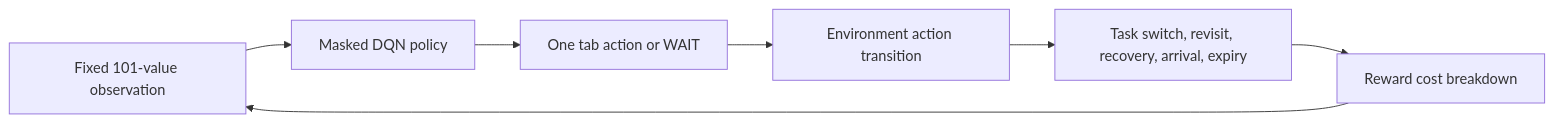
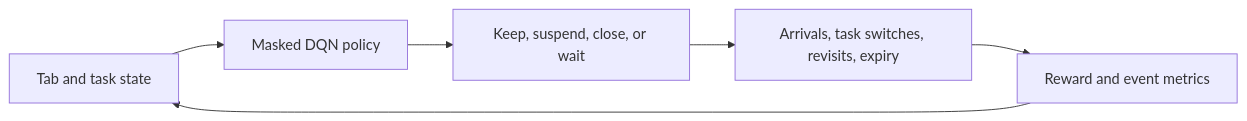
Before and after one commit to Aarsussh/TABasco: the diagram in README.md, drawn with Mermaid. The commit also changed other lines of this file and 10 other files, not shown here.

````diff
--- a/README.md
+++ b/README.md
@@ -30,9 +15,8 @@
 ```mermaid
 flowchart LR
-  S[Fixed 101-value observation] --> P[Masked DQN policy]
-  P --> A[One tab action or WAIT]
-  A --> T[Environment action transition]
-  T --> E[Task switch, revisit, recovery, arrival, expiry]
-  E --> R[Reward cost breakdown]
-  R --> S
+    S[Tab and task state] --> P[Masked DQN policy]
+    P --> A[Keep, suspend, close, or wait]
+    A --> E[Arrivals, task switches, revisits, expiry]
+    E --> R[Reward and event metrics]
+    R --> S
 ```
````
